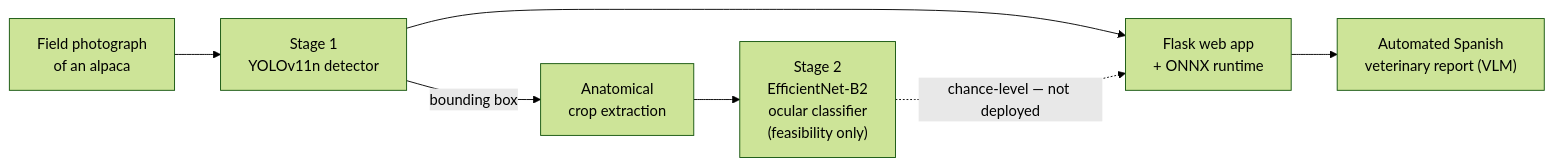
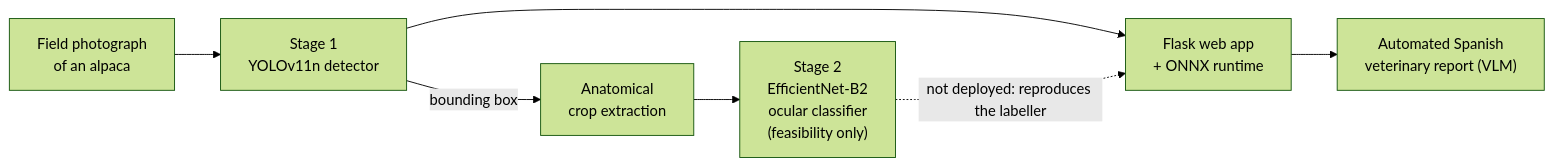
One commit to Andre031222/data-integrity-vision-language-auto-labelling changed the first of 3 diagrams in README.md. Above: the diagram before and after it, drawn with Mermaid (forest theme). The commit also changed other lines of this file and 25 other files, not shown here.

````diff
--- a/README.md
+++ b/README.md
@@ -184,9 +204,9 @@
 ```mermaid
 flowchart LR
     A["Field photograph<br/>of an alpaca"] --> B["Stage 1<br/>YOLOv11n detector"]
     B -->|"bounding box"| C["Anatomical<br/>crop extraction"]
     C --> D["Stage 2<br/>EfficientNet-B2<br/>ocular classifier<br/>(feasibility only)"]
     B --> E["Flask web app<br/>+ ONNX runtime"]
     E --> F["Automated Spanish<br/>veterinary report (VLM)"]
-    D -. "chance-level — not deployed" .-> E
+    D -. "not deployed: reproduces the labeller" .-> E
 ```
````
